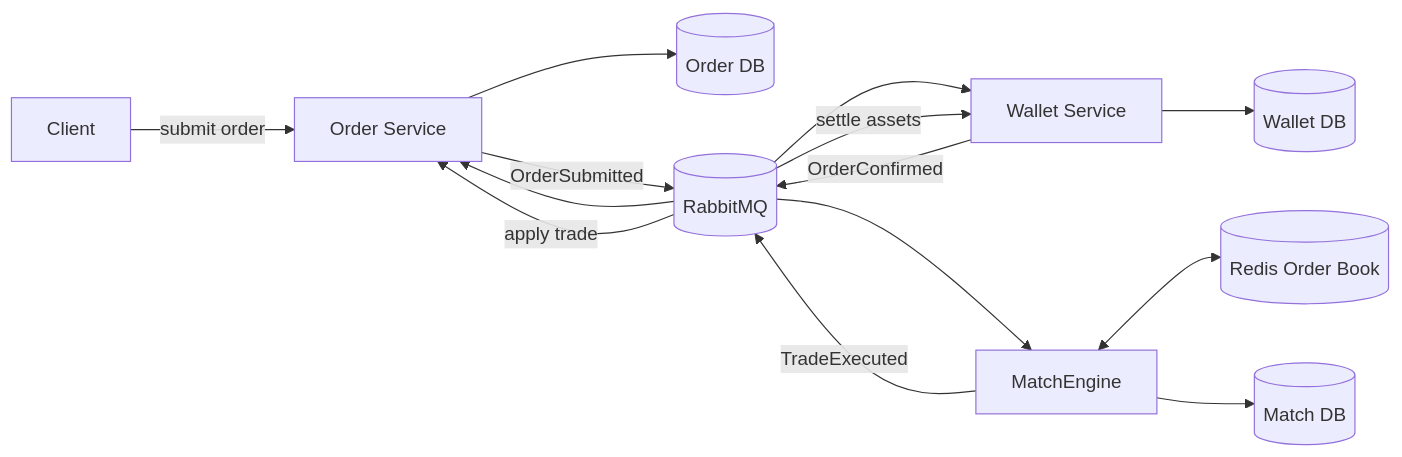
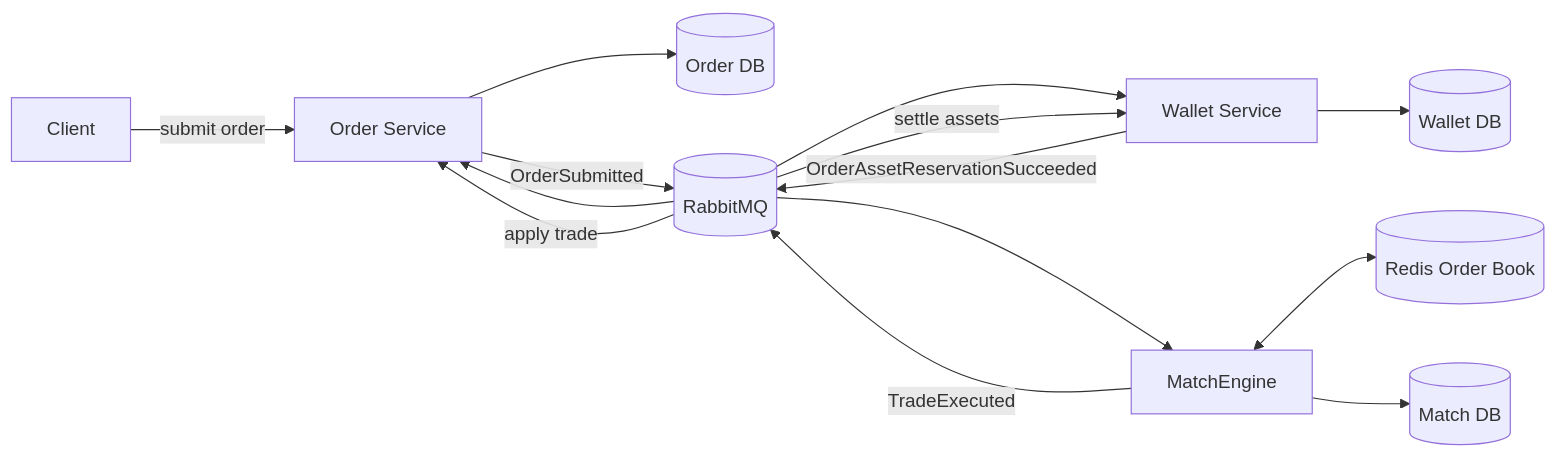
One commit to Yitin-tsai/eap-infra changed the first of 2 diagrams in README.md. Above: the diagram before and after it, drawn with Mermaid. The commit also changed other lines of this file and 34 other files, not shown here.

````diff
--- a/README.md
+++ b/README.md
@@ -15,16 +17,16 @@
 ```mermaid
 flowchart LR
     Client[Client] -->|submit order| Order[Order Service]
     Order --> OrderDB[(Order DB)]
     Order -->|OrderSubmitted| MQ[(RabbitMQ)]
     MQ --> Wallet[Wallet Service]
     Wallet --> WalletDB[(Wallet DB)]
-    Wallet -->|OrderConfirmed| MQ
+    Wallet -->|OrderAssetReservationSucceeded| MQ
     MQ --> Match[MatchEngine]
     MQ --> Order
     Match <--> Redis[(Redis Order Book)]
     Match --> MatchDB[(Match DB)]
     Match -->|TradeExecuted| MQ
     MQ -->|apply trade| Order
     MQ -->|settle assets| Wallet
 ```
````
